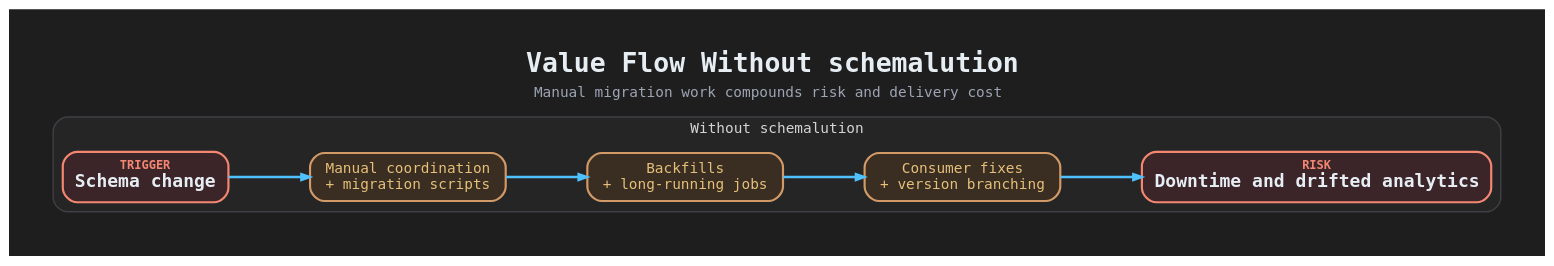
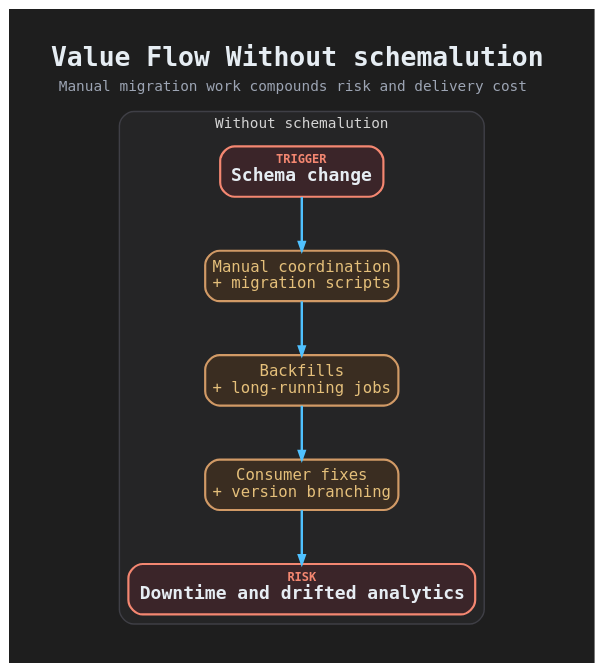
One commit to cronologi/schemalution changed the diagram in assets/diagrams/value-flow-without.dot. Above: the diagram before and after it, drawn with Graphviz. The commit also changed 8 other files, not shown here.

```diff
--- a/assets/diagrams/value-flow-without.dot
+++ b/assets/diagrams/value-flow-without.dot
@@ -1,97 +1,97 @@
 digraph value_flow_without {
   graph [
-    rankdir=LR,
+    rankdir=TB,
     bgcolor="#1E1E1E",
-    pad="0.40",
-    nodesep="0.58",
-    ranksep="0.95",
+    pad="0.34",
+    nodesep="0.45",
+    ranksep="0.62",
     fontname="Cascadia Code, DejaVu Sans Mono, Noto Mono",
     fontsize=15,
     labelloc="t",
     label=<
       <TABLE BORDER="0" CELLBORDER="0" CELLPADDING="2" CELLSPACING="0">
         <TR><TD ALIGN="CENTER"><FONT POINT-SIZE="22" COLOR="#E6EDF3"><B>Value Flow Without schemalution</B></FONT></TD></TR>
         <TR><TD ALIGN="CENTER"><FONT POINT-SIZE="12" COLOR="#9DA5B4">Manual migration work compounds risk and delivery cost</FONT></TD></TR>
       </TABLE>
     >
   ];
 
   node [
     shape=box,
     style="rounded,filled",
     penwidth=1.8,
     fontname="Cascadia Code, DejaVu Sans Mono, Noto Mono",
-    fontsize=12,
+    fontsize=13,
     fontcolor="#E6EDF3",
-    margin="0.14,0.10"
+    margin="0.12,0.10"
   ];
 
   edge [
     color="#4FC1FF",
     penwidth=2,
     arrowsize=0.7
   ];
 
   subgraph cluster_without {
     label="Without schemalution";
     labelloc=t;
     labeljust=c;
     fontsize=12;
     fontname="Cascadia Code, DejaVu Sans Mono, Noto Mono";
     fontcolor="#D4D4D4";
     color="#3F3F46";
     fillcolor="#252526";
     style="rounded,filled";
     penwidth=1.2;
 
     W1 [
       label=<
         <TABLE BORDER="0" CELLBORDER="0" CELLPADDING="0" CELLSPACING="0">
           <TR><TD ALIGN="CENTER"><FONT POINT-SIZE="10" COLOR="#F48771"><B>TRIGGER</B></FONT></TD></TR>
           <TR><TD ALIGN="CENTER"><FONT POINT-SIZE="15" COLOR="#E6EDF3"><B>Schema change</B></FONT></TD></TR>
         </TABLE>
       >,
       fillcolor="#3B2529",
       color="#F48771",
       fontcolor="#E6EDF3"
     ];
 
     W2 [
       label="Manual coordination\n+ migration scripts",
       fillcolor="#3A2D21",
       color="#D19A66",
       fontcolor="#E5C07B"
     ];
 
     W3 [
       label="Backfills\n+ long-running jobs",
       fillcolor="#3A2D21",
       color="#D19A66",
       fontcolor="#E5C07B"
     ];
 
     W4 [
       label="Consumer fixes\n+ version branching",
       fillcolor="#3A2D21",
       color="#D19A66",
       fontcolor="#E5C07B"
     ];
 
     W5 [
       label=<
         <TABLE BORDER="0" CELLBORDER="0" CELLPADDING="0" CELLSPACING="0">
           <TR><TD ALIGN="CENTER"><FONT POINT-SIZE="10" COLOR="#F48771"><B>RISK</B></FONT></TD></TR>
           <TR><TD ALIGN="CENTER"><FONT POINT-SIZE="15" COLOR="#E6EDF3"><B>Downtime and drifted analytics</B></FONT></TD></TR>
         </TABLE>
       >,
       fillcolor="#3B2529",
       color="#F48771",
       fontcolor="#E6EDF3"
     ];
   }
 
   W1 -> W2;
   W2 -> W3;
   W3 -> W4;
   W4 -> W5;
 }
```
